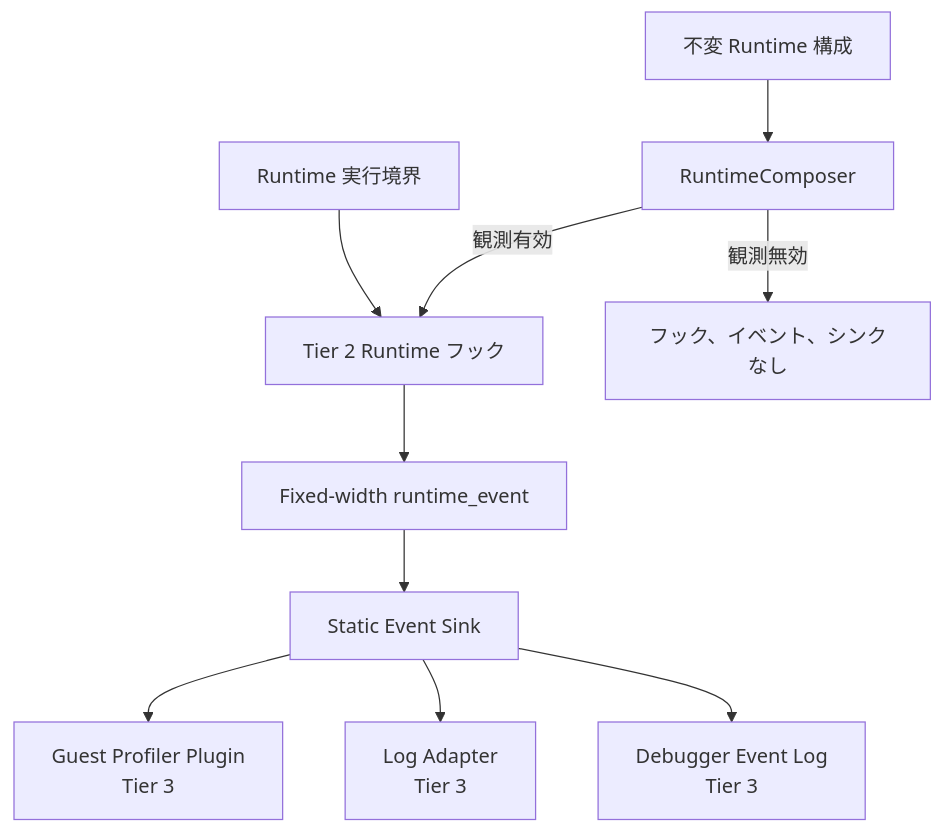
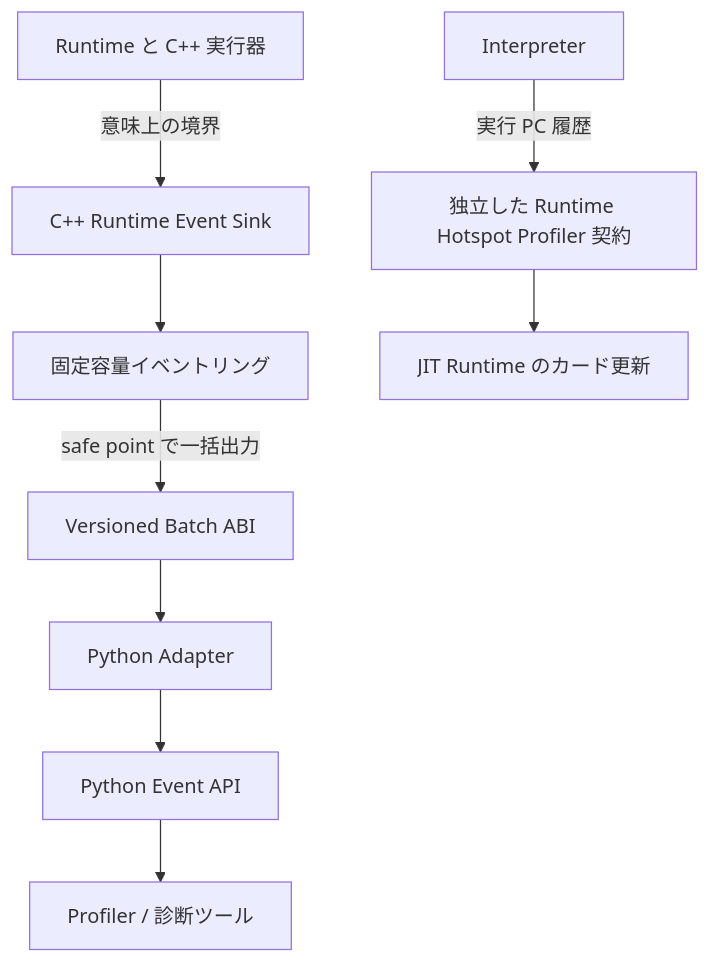
One commit to kmt-t/fireball changed the diagram in docs/components/tier2_runtime/runtime_observability.md. Above: the diagram before and after it, drawn with Mermaid. The commit also changed other lines of this file and 75 other files, not shown here.

````diff
--- a/docs/components/tier2_runtime/runtime_observability.md
+++ b/docs/components/tier2_runtime/runtime_observability.md
@@ -46,12 +53,11 @@
 ```mermaid
 graph TD
-    Config[不変 Runtime 構成] --> Composer[RuntimeComposer]
-    Composer -->|観測有効| Hook[Tier 2 Runtime フック]
-    Composer -->|観測無効| Elided[フック、イベント、シンクなし]
-    Runtime[Runtime 実行境界] --> Hook
-    Hook --> Record[Fixed-width runtime_event]
-    Record --> Sink[Static Event Sink]
-    Sink --> Profiler[Guest Profiler Plugin<br/>Tier 3]
-    Sink --> Log[Log Adapter<br/>Tier 3]
-    Sink --> DebugLog[Debugger Event Log<br/>Tier 3]
+    Runtime[Runtime と C++ 実行器] -->|意味上の境界| CppEvents[C++ Runtime Event Sink]
+    CppEvents --> CppState[固定容量イベントリング]
+    CppState -->|safe point で一括出力| Bridge[Versioned Batch ABI]
+    Bridge --> Adapter[Python Adapter]
+    Adapter --> PythonAPI[Python Event API]
+    PythonAPI --> Profiler[Profiler / 診断ツール]
+    Interpreter[Interpreter] -->|実行 PC 履歴| Hotspot[独立した Runtime Hotspot Profiler 契約]
+    Hotspot --> JITRuntime[JIT Runtime のカード更新]
 ```
````
